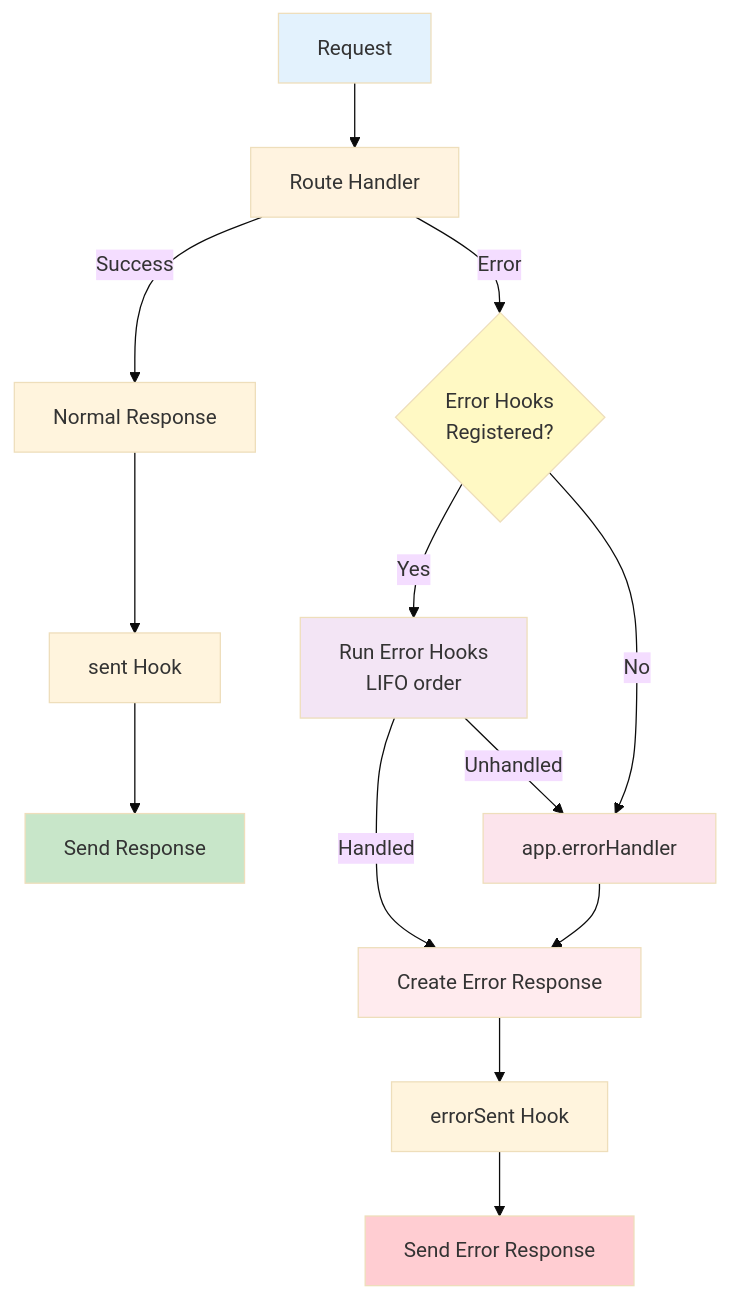
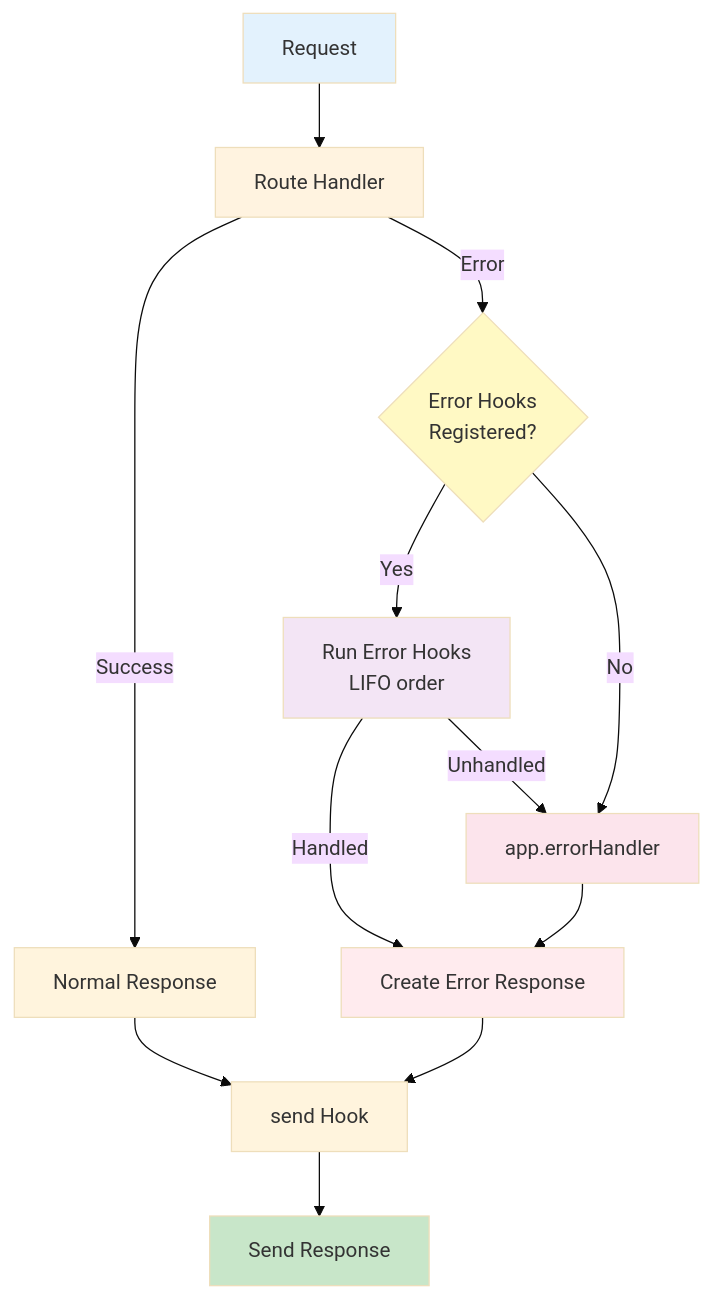
The diagram in docs/guides/diagrams/error-handler-flow.md (minima-js/minimajs), drawn with Mermaid (base theme) before and after one commit. The commit also changed 26 other files, not shown here.

Commit message:
response and hook

````diff
--- a/docs/guides/diagrams/error-handler-flow.md
+++ b/docs/guides/diagrams/error-handler-flow.md
@@ -1,28 +1,26 @@
 ```mermaid
 graph TB
     Start[Request] --> Handler[Route Handler]
     Handler -->|Success| Response[Normal Response]
     Handler -->|Error| ErrorCheck{Error Hooks<br/>Registered?}
 
     ErrorCheck -->|Yes| HookChain[Run Error Hooks<br/>LIFO order]
     ErrorCheck -->|No| FallbackHandler[app.errorHandler]
 
     HookChain -->|Handled| CreateResp[Create Error Response]
     HookChain -->|Unhandled| FallbackHandler
 
     FallbackHandler --> CreateResp
-    CreateResp --> ErrorSent[errorSent Hook]
-    ErrorSent --> End[Send Error Response]
+    CreateResp --> SendHook[send Hook]
+    SendHook --> End[Send Response]
 
-    Response --> SentHook[sent Hook]
-    SentHook --> End2[Send Response]
+    Response --> SendHook
 
     style Start fill:#e3f2fd
     style Handler fill:#fff3e0
     style ErrorCheck fill:#fff9c4
     style HookChain fill:#f3e5f5
     style FallbackHandler fill:#fce4ec
     style CreateResp fill:#ffebee
-    style End fill:#ffcdd2
-    style End2 fill:#c8e6c9
+    style End fill:#c8e6c9
 ```
````
